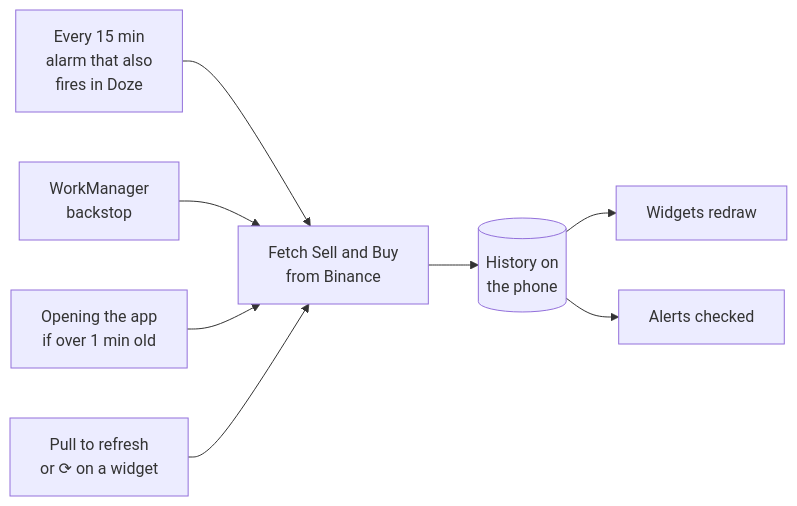
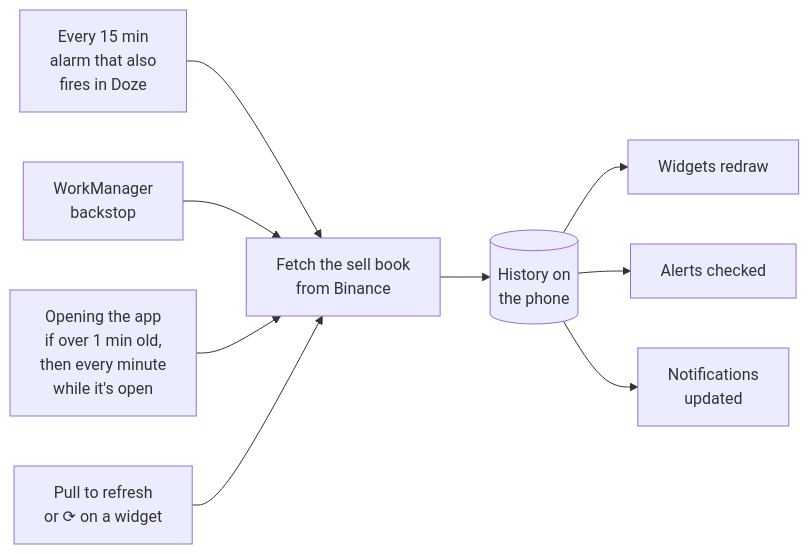
One commit to ruchira-edirisinghe/p2p-lkr-widget-app changed the second of 2 diagrams in README.md. Above: the diagram before and after it, drawn with Mermaid. The commit also changed other lines of this file and 17 other files, not shown here.

````diff
--- a/README.md
+++ b/README.md
@@ -366,10 +407,11 @@
 ```mermaid
 flowchart LR
     W[Every 15 min<br>alarm that also<br>fires in Doze] --> P
     B[WorkManager<br>backstop] --> P
-    O[Opening the app<br>if over 1 min old] --> P
+    O[Opening the app<br>if over 1 min old,<br>then every minute<br>while it's open] --> P
     R[Pull to refresh<br>or ⟳ on a widget] --> P
-    P[Fetch Sell and Buy<br>from Binance] --> S[(History on<br>the phone)]
+    P[Fetch the sell book<br>from Binance] --> S[(History on<br>the phone)]
     S --> G[Widgets redraw]
     S --> L[Alerts checked]
+    S --> N[Notifications<br>updated]
 ```
````
